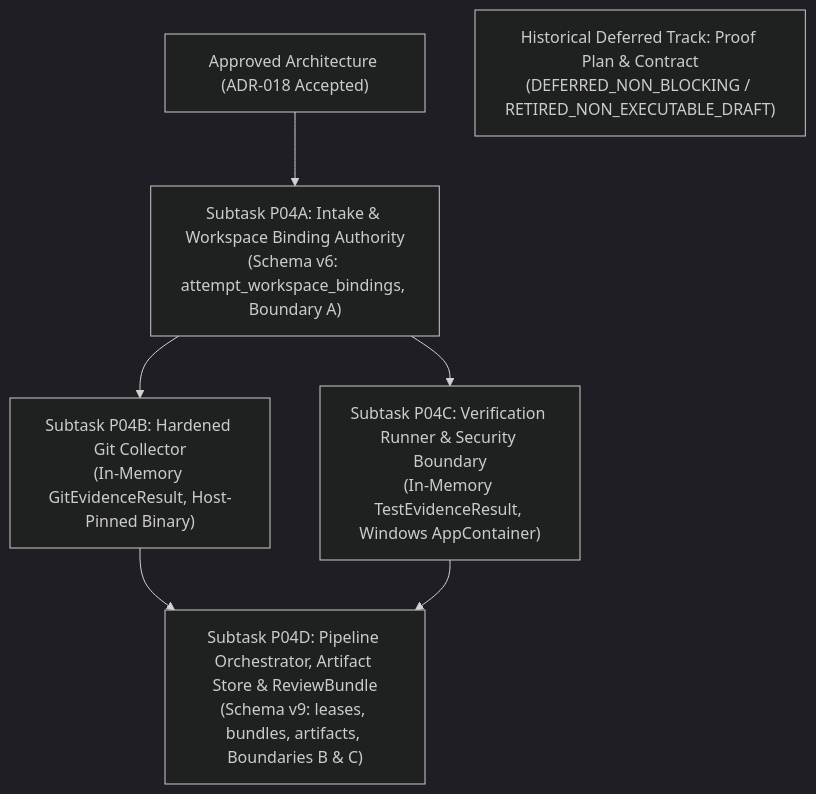
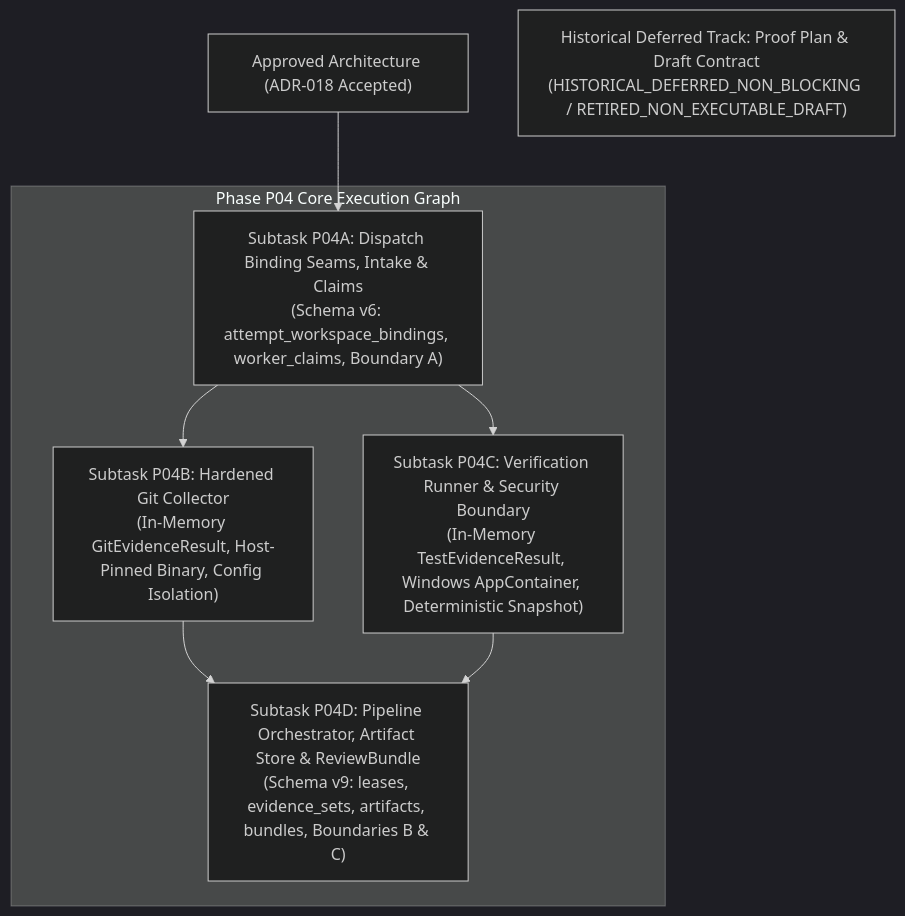
Before and after one commit to trungqwe/ai-supervisor: the second of 2 diagrams in docs/proposals/PROPOSAL-P04-001-evidence-review-engine-boundaries.md, drawn with Mermaid (dark theme). The commit also changed other lines of this file and 6 other files, not shown here.

Commit message:
docs(p04): record Re-Audit 006, remediate pre-contract architecture round 7

````diff
--- a/docs/proposals/PROPOSAL-P04-001-evidence-review-engine-boundaries.md
+++ b/docs/proposals/PROPOSAL-P04-001-evidence-review-engine-boundaries.md
@@ -380,16 +531,23 @@
 ```mermaid
 graph TD
-    A["Approved Architecture (ADR-018 Accepted)"] --> P04A
-    P04A["Subtask P04A: Intake & Workspace Binding Authority
-(Schema v6: attempt_workspace_bindings, Boundary A)"] --> P04B
-    P04A --> P04C
-    P04B["Subtask P04B: Hardened Git Collector
-(In-Memory GitEvidenceResult, Host-Pinned Binary)"] --> P04D
-    P04C["Subtask P04C: Verification Runner & Security Boundary
-(In-Memory TestEvidenceResult, Windows AppContainer)"] --> P04D
-    P04D["Subtask P04D: Pipeline Orchestrator, Artifact Store & ReviewBundle
-(Schema v9: leases, bundles, artifacts, Boundaries B & C)"]
+    Gov["Approved Architecture (ADR-018 Accepted)"] --> P04A
 
-    ProofTrack["Historical Deferred Track: Proof Plan & Contract
-(DEFERRED_NON_BLOCKING / RETIRED_NON_EXECUTABLE_DRAFT)"]
+    subgraph PhaseP04ExecutionGraph["Phase P04 Core Execution Graph"]
+        P04A["Subtask P04A: Dispatch Binding Seams, Intake & Claims
+(Schema v6: attempt_workspace_bindings, worker_claims, Boundary A)"]
+        P04B["Subtask P04B: Hardened Git Collector
+(In-Memory GitEvidenceResult, Host-Pinned Binary, Config Isolation)"]
+        P04C["Subtask P04C: Verification Runner & Security Boundary
+(In-Memory TestEvidenceResult, Windows AppContainer, Deterministic Snapshot)"]
+        P04D["Subtask P04D: Pipeline Orchestrator, Artifact Store & ReviewBundle
+(Schema v9: leases, evidence_sets, artifacts, bundles, Boundaries B & C)"]
+
+        P04A --> P04B
+        P04A --> P04C
+        P04B --> P04D
+        P04C --> P04D
+    end
+
+    HistoricalTrack["Historical Deferred Track: Proof Plan & Draft Contract
+(HISTORICAL_DEFERRED_NON_BLOCKING / RETIRED_NON_EXECUTABLE_DRAFT)"]
 ```
````
